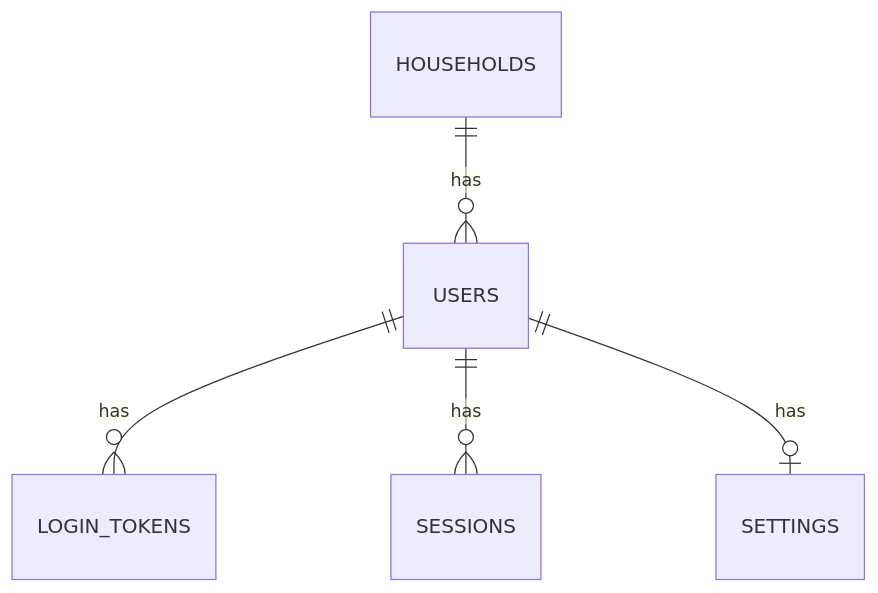
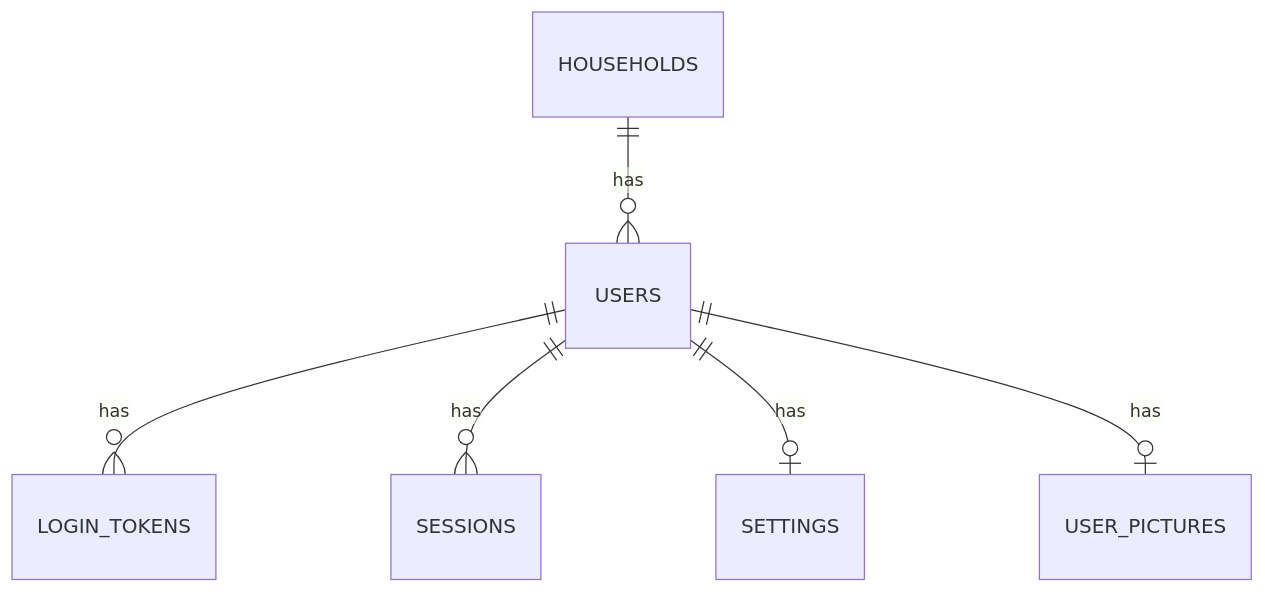
One commit to samuel-duhaime/firebird-money changed the first of 2 diagrams in README.md. Above: the diagram before and after it, drawn with Mermaid. The commit also changed other lines of this file and 38 other files, not shown here.

````diff
--- a/README.md
+++ b/README.md
@@ -270,7 +273,8 @@
 ```mermaid
 erDiagram
     HOUSEHOLDS ||--o{ USERS : has
     USERS ||--o{ LOGIN_TOKENS : has
     USERS ||--o{ SESSIONS : has
     USERS ||--o| SETTINGS : has
+    USERS ||--o| USER_PICTURES : has
 ```
````
